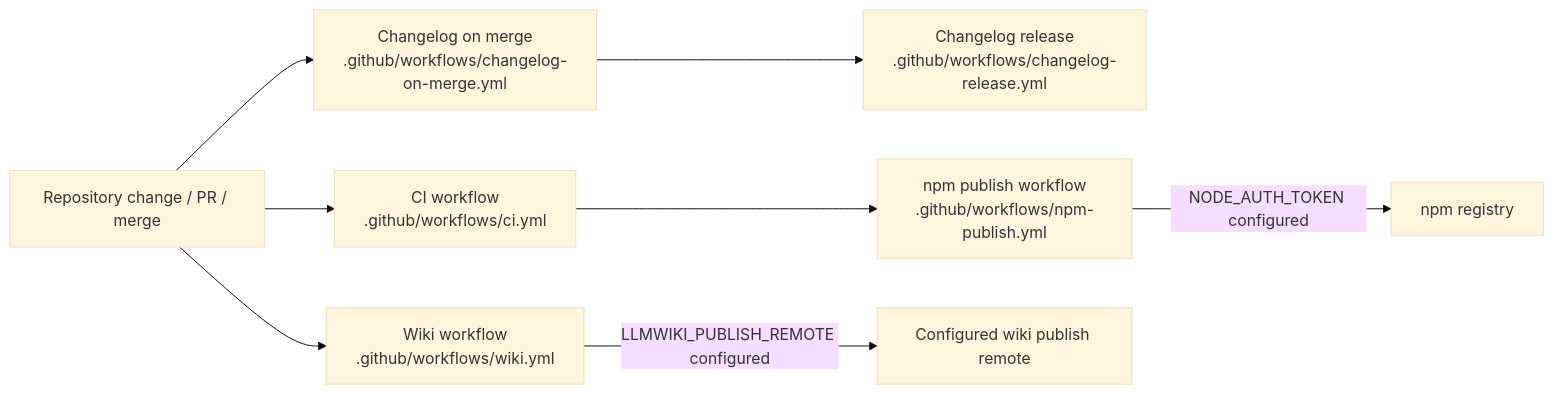
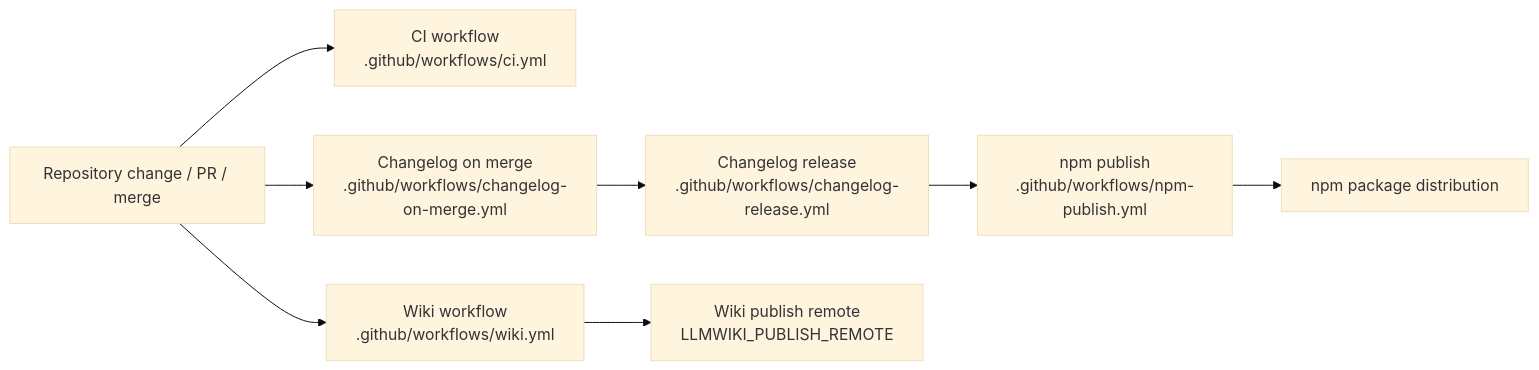
The third of 3 diagrams in Architecture.md (mfittko/repo-wiki), drawn with Mermaid (base theme) before and after one commit. The commit also changed other lines of this file and 46 other files, not shown here.

Commit message:
Compile repository wiki 2026-06-13T10:35:48.103Z

````diff
--- a/Architecture.md
+++ b/Architecture.md
@@ -214,19 +239,19 @@
 ```mermaid
 flowchart LR
-  Change["Repository change / PR / merge"]
-  CI["CI workflow<br/>.github/workflows/ci.yml"]
-  Wiki["Wiki workflow<br/>.github/workflows/wiki.yml"]
-  ChangelogMerge["Changelog on merge<br/>.github/workflows/changelog-on-merge.yml"]
-  ChangelogRelease["Changelog release<br/>.github/workflows/changelog-release.yml"]
-  PublishNpm["npm publish workflow<br/>.github/workflows/npm-publish.yml"]
-  WikiRemote["Configured wiki publish remote"]
-  Registry["npm registry"]
+    Change["Repository change / PR / merge"]
+    CI["CI workflow<br/>.github/workflows/ci.yml"]
+    Wiki["Wiki workflow<br/>.github/workflows/wiki.yml"]
+    ChangelogMerge["Changelog on merge<br/>.github/workflows/changelog-on-merge.yml"]
+    Release["Changelog release<br/>.github/workflows/changelog-release.yml"]
+    Publish["npm publish<br/>.github/workflows/npm-publish.yml"]
+    WikiRemote["Wiki publish remote<br/>LLMWIKI_PUBLISH_REMOTE"]
+    Npm["npm package distribution"]
 
-  Change --> CI
-  Change --> Wiki
-  Change --> ChangelogMerge
-  ChangelogMerge --> ChangelogRelease
-  CI --> PublishNpm
-  Wiki -->|LLMWIKI_PUBLISH_REMOTE configured| WikiRemote
-  PublishNpm -->|NODE_AUTH_TOKEN configured| Registry
+    Change --> CI
+    Change --> Wiki
+    Change --> ChangelogMerge
+    ChangelogMerge --> Release
+    Release --> Publish
+    Wiki --> WikiRemote
+    Publish --> Npm
 ```
````
